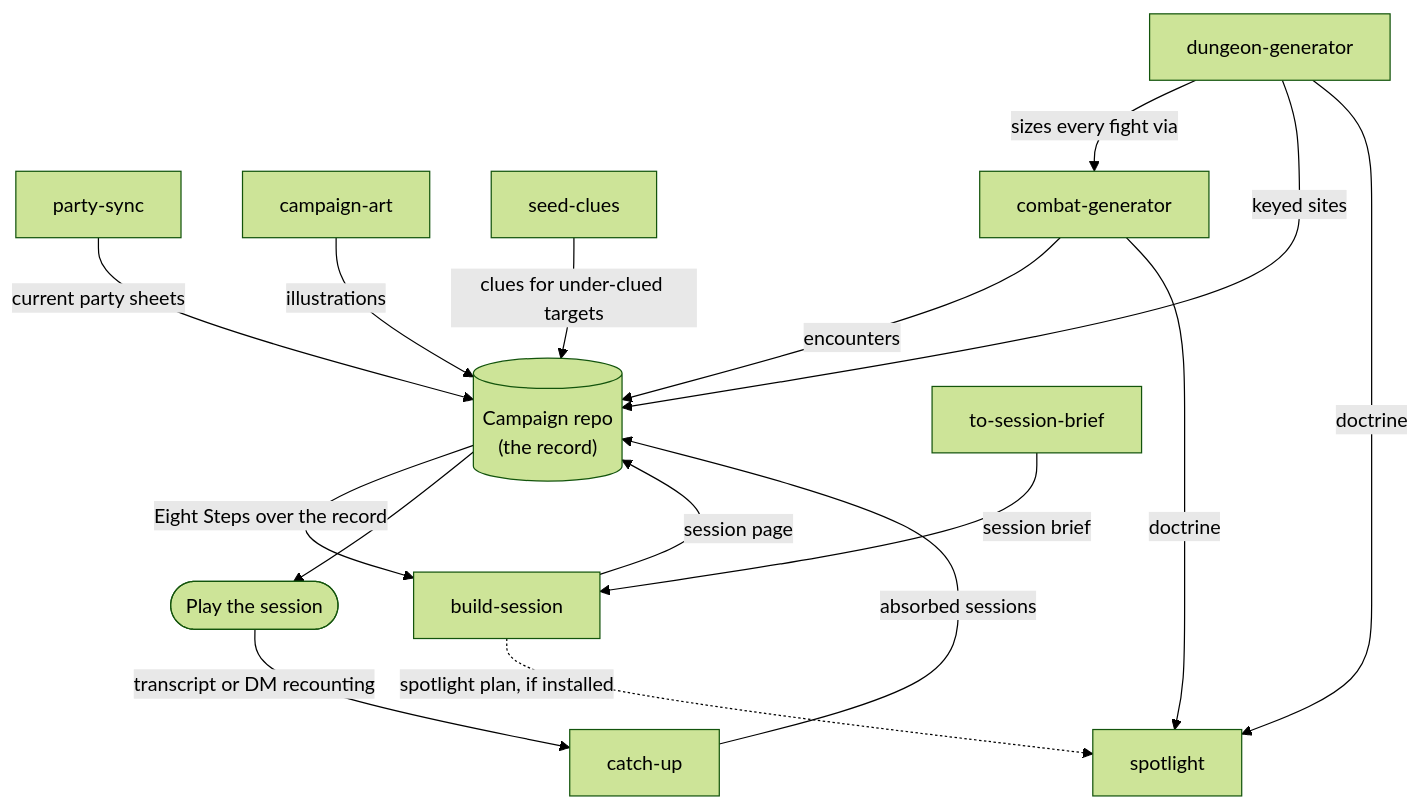
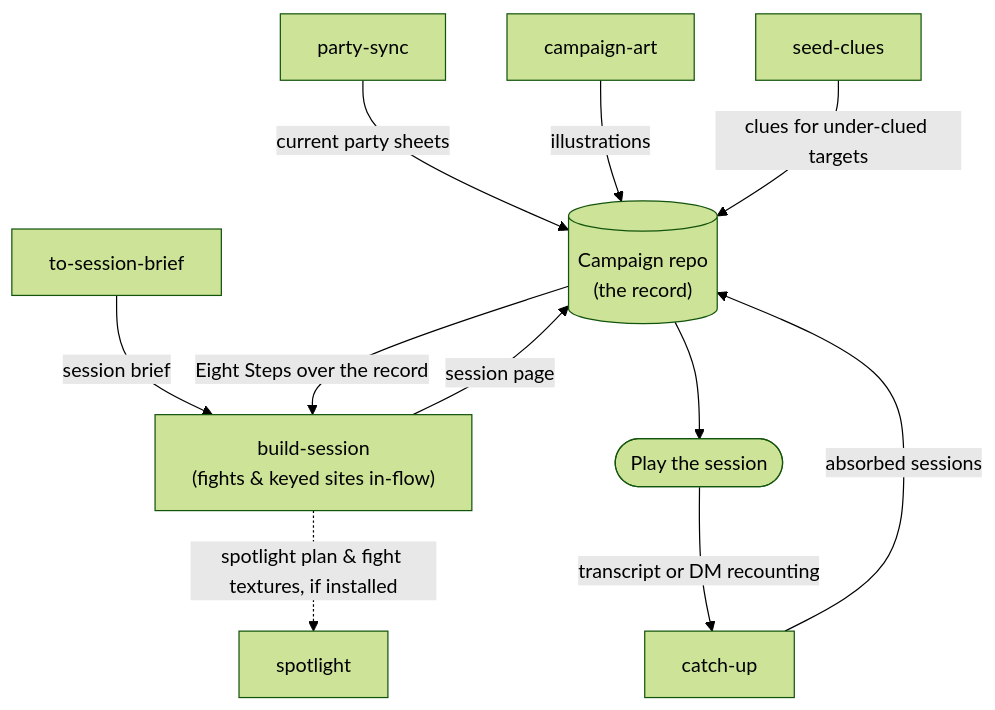
Before and after one commit to bmoo/dm-skills: the diagram in README.md, drawn with Mermaid (forest theme). The commit also changed other lines of this file and 37 other files, not shown here.

````diff
--- a/README.md
+++ b/README.md
@@ -98,22 +81,17 @@
 ```mermaid
 flowchart TD
     repo[("Campaign repo<br/>(the record)")]
 
-    brief["to-session-brief"] -- "session brief" --> build["build-session"]
+    brief["to-session-brief"] -- "session brief" --> build["build-session<br/>(fights & keyed sites in-flow)"]
     repo -- "Eight Steps over the record" --> build
     build -- "session page" --> repo
     repo --> play(["Play the session"])
     play -- "transcript or DM recounting" --> catchup["catch-up"]
     catchup -- "absorbed sessions" --> repo
 
     partysync["party-sync"] -- "current party sheets" --> repo
     art["campaign-art"] -- "illustrations" --> repo
     seed["seed-clues"] -- "clues for under-clued targets" --> repo
 
-    dungeon["dungeon-generator"] -- "sizes every fight via" --> combat["combat-generator"]
-    dungeon -- "keyed sites" --> repo
-    combat -- "encounters" --> repo
-    combat -- "doctrine" --> spot["spotlight"]
-    dungeon -- "doctrine" --> spot
-    build -. "spotlight plan, if installed" .-> spot
+    build -. "spotlight plan & fight textures, if installed" .-> spot["spotlight"]
 ```
````
